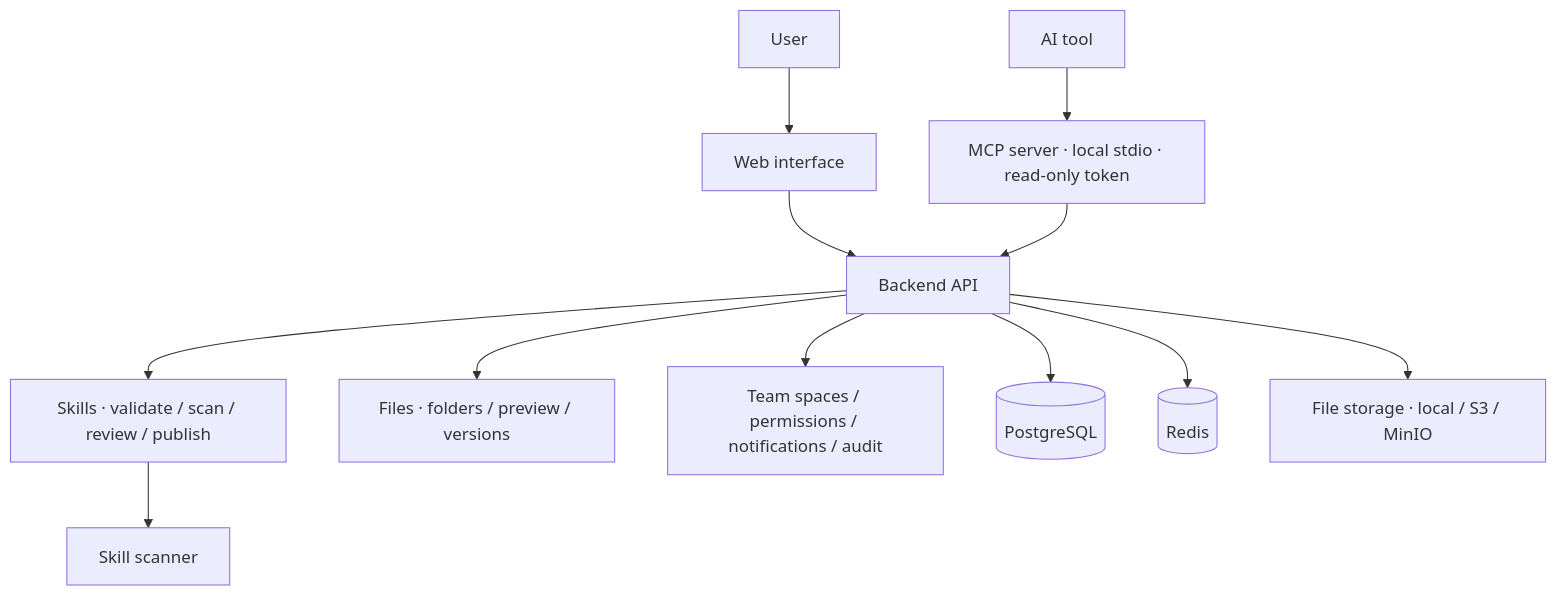
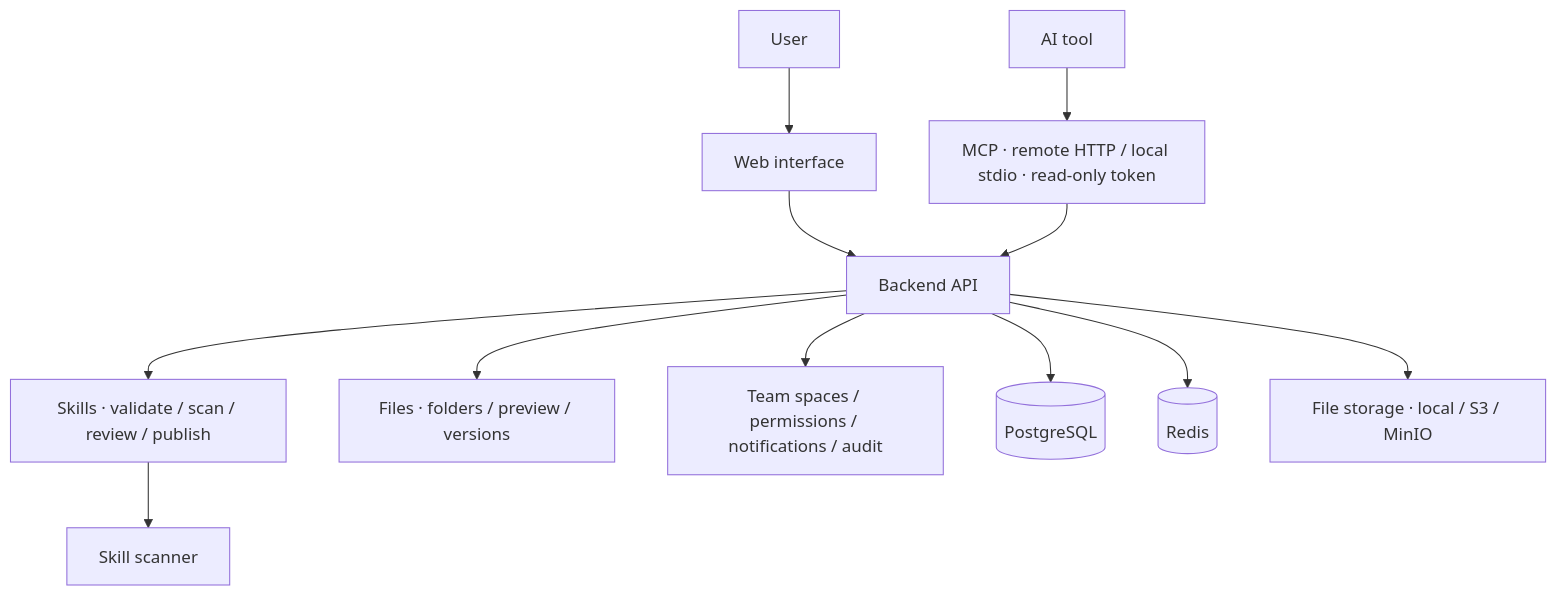
Before and after one commit to kun001/skillhive: the second of 2 diagrams in README.en.md, drawn with Mermaid. The commit also changed other lines of this file and 55 other files, not shown here.

First line of the commit message:
feat: release MDX previews, folder uploads and remote MCP (v0.2.0) (#29)

````diff
--- a/README.en.md
+++ b/README.en.md
@@ -250,13 +279,13 @@
 ```mermaid
 flowchart TB
     User[User] --> Web[Web interface]
     Web --> API[Backend API]
-    AI[AI tool] --> MCP[MCP server · local stdio · read-only token] --> API
+    AI[AI tool] --> MCP[MCP · remote HTTP / local stdio · read-only token] --> API
     API --> Skill[Skills · validate / scan / review / publish]
     API --> Knowledge[Files · folders / preview / versions]
     API --> Governance[Team spaces / permissions / notifications / audit]
     Skill --> Scanner[Skill scanner]
     API --> DB[(PostgreSQL)]
     API --> Redis[(Redis)]
     API --> Storage[File storage · local / S3 / MinIO]
 ```
````
